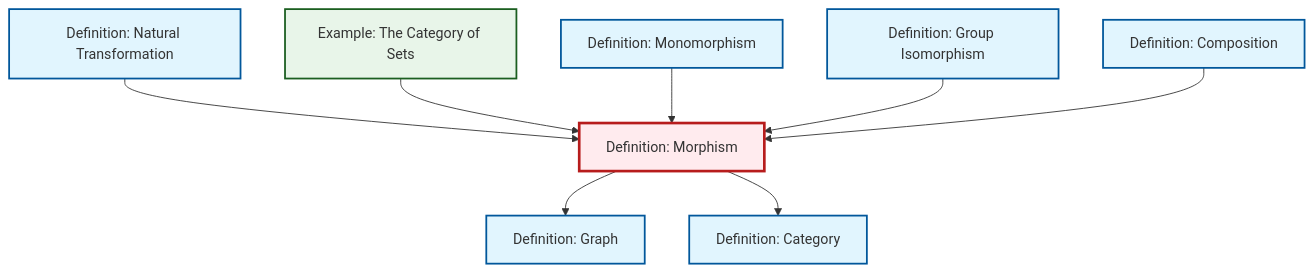
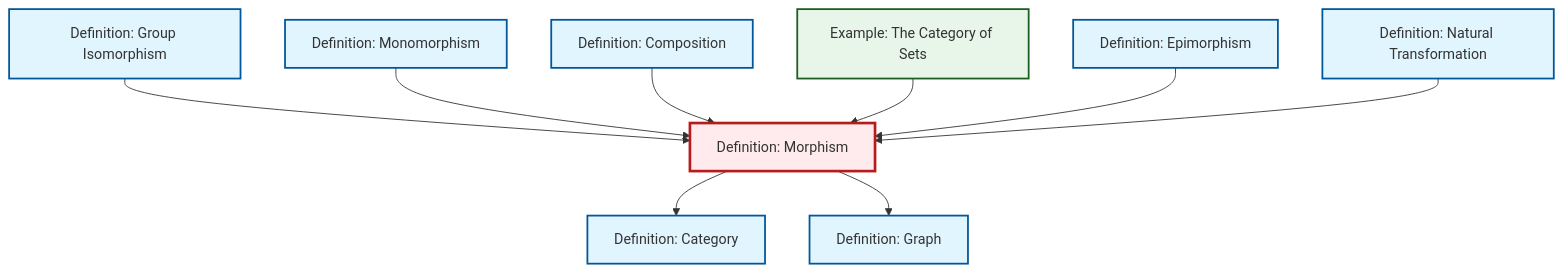
Before and after one commit to RK0429/ModernMath: the diagram in content/en/category-theory/def-morphism.qmd, drawn with Mermaid. The commit also changed 597 other files, not shown here.

````diff
--- a/content/en/category-theory/def-morphism.qmd
+++ b/content/en/category-theory/def-morphism.qmd
@@ -56,32 +56,35 @@
 ```{mermaid}
 %%| fig-cap: "Local dependency graph"
 graph TD
     classDef definition fill:#e1f5fe,stroke:#01579b,stroke-width:2px
     classDef theorem fill:#f3e5f5,stroke:#4a148c,stroke-width:2px
     classDef axiom fill:#fff3e0,stroke:#e65100,stroke-width:2px
     classDef example fill:#e8f5e9,stroke:#1b5e20,stroke-width:2px
     classDef current fill:#ffebee,stroke:#b71c1c,stroke-width:3px
+    def-natural-transformation["Definition: Natural Transformation"]:::definition
+    def-epimorphism["Definition: Epimorphism"]:::definition
+    def-category["Definition: Category"]:::definition
+    def-isomorphism["Definition: Group Isomorphism"]:::definition
+    def-morphism["Definition: Morphism"]:::definition
+    def-monomorphism["Definition: Monomorphism"]:::definition
+    def-composition["Definition: Composition"]:::definition
+    def-graph["Definition: Graph"]:::definition
     ex-set-category["Example: The Category of Sets"]:::example
-    def-graph["Definition: Graph"]:::definition
-    def-morphism["Definition: Morphism"]:::definition
-    def-category["Definition: Category"]:::definition
-    def-monomorphism["Definition: Monomorphism"]:::definition
-    def-natural-transformation["Definition: Natural Transformation"]:::definition
-    def-isomorphism["Definition: Group Isomorphism"]:::definition
-    def-composition["Definition: Composition"]:::definition
+    def-isomorphism --> def-morphism
+    def-monomorphism --> def-morphism
+    def-composition --> def-morphism
+    def-morphism --> def-category
+    ex-set-category --> def-morphism
+    def-morphism --> def-graph
+    def-epimorphism --> def-morphism
     def-natural-transformation --> def-morphism
-    ex-set-category --> def-morphism
-    def-monomorphism --> def-morphism
-    def-morphism --> def-graph
-    def-isomorphism --> def-morphism
-    def-morphism --> def-category
-    def-composition --> def-morphism
     class def-morphism current
+    click def-natural-transformation "def-natural-transformation.html" "Go to Natural Transformation definition"
+    click def-epimorphism "def-epimorphism.html" "Go to Epimorphism definition"
+    click def-category "def-category.html" "Go to Category definition"
+    click def-isomorphism "def-isomorphism.html" "Go to Group Isomorphism definition"
+    click def-monomorphism "def-monomorphism.html" "Go to Monomorphism definition"
+    click def-composition "def-composition.html" "Go to Composition definition"
+    click def-graph "def-graph.html" "Go to Graph definition"
     click ex-set-category "ex-set-category.html" "Go to The Category of Sets example"
-    click def-graph "def-graph.html" "Go to Graph definition"
-    click def-category "def-category.html" "Go to Category definition"
-    click def-monomorphism "def-monomorphism.html" "Go to Monomorphism definition"
-    click def-natural-transformation "def-natural-transformation.html" "Go to Natural Transformation definition"
-    click def-isomorphism "def-isomorphism.html" "Go to Group Isomorphism definition"
-    click def-composition "def-composition.html" "Go to Composition definition"
 ```
````
